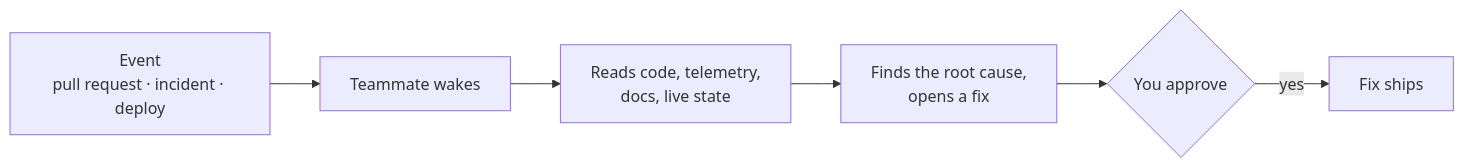
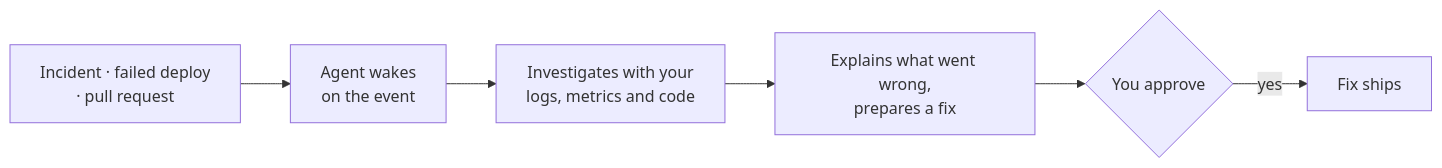
The diagram in README.md (indykish/indykish), drawn with Mermaid before and after one commit. The commit also changed other lines of this file, not shown here.

Commit message:
docs: position agentsfleet as an event-triggered agent runtime

````diff
--- a/README.md
+++ b/README.md
@@ -27,8 +27,8 @@
 ```mermaid
 flowchart LR
-  A["Event<br/>pull request · incident · deploy"] --> B["Teammate wakes"]
-  B --> C["Reads code, telemetry,<br/>docs, live state"]
-  C --> D["Finds the root cause,<br/>opens a fix"]
+  A["Incident · failed deploy<br/>· pull request"] --> B["Agent wakes<br/>on the event"]
+  B --> C["Investigates with your<br/>logs, metrics and code"]
+  C --> D["Explains what went wrong,<br/>prepares a fix"]
   D --> E{"You approve"}
   E -->|yes| F["Fix ships"]
 ```
````
